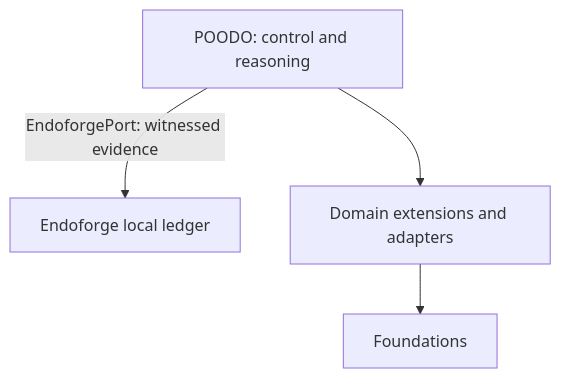
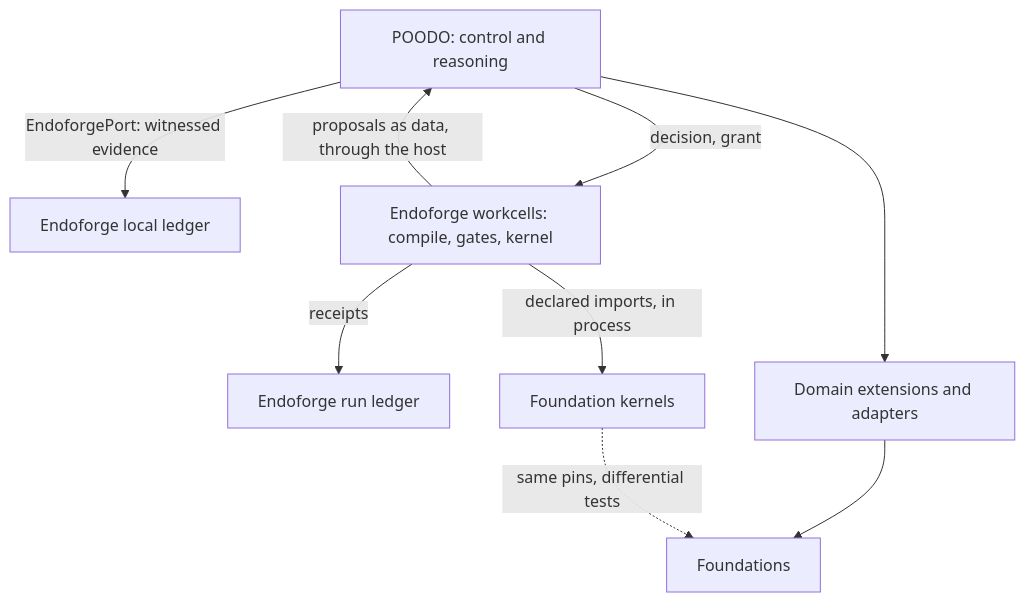
The diagram in README.md (Akilleez-QA/cstack), drawn with Mermaid before and after one commit. The commit also changed other lines of this file and 6 other files, not shown here.

````diff
--- a/README.md
+++ b/README.md
@@ -139,6 +171,11 @@
 ```mermaid
 flowchart TB
     P[POODO: control and reasoning] -->|EndoforgePort: witnessed evidence| E[Endoforge local ledger]
+    P -->|decision, grant| R[Endoforge workcells: compile, gates, kernel]
+    R -->|proposals as data, through the host| P
+    R -->|receipts| L[Endoforge run ledger]
+    R -->|declared imports, in process| K[Foundation kernels]
     P --> A[Domain extensions and adapters]
     A --> F[Foundations]
+    K -.->|same pins, differential tests| F
 ```
````
